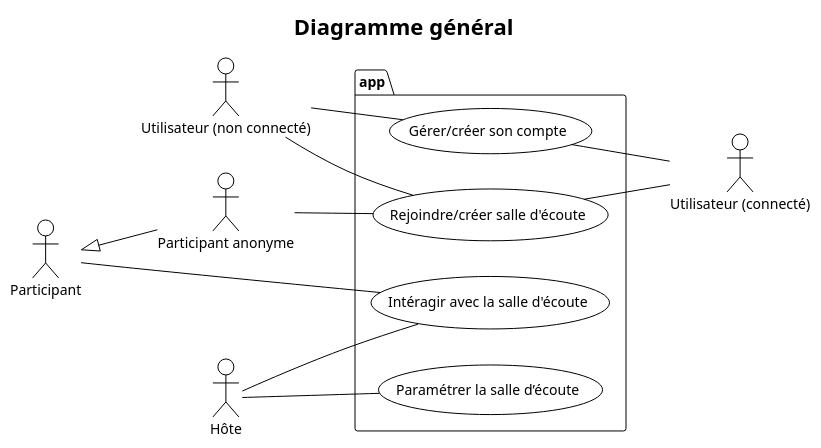
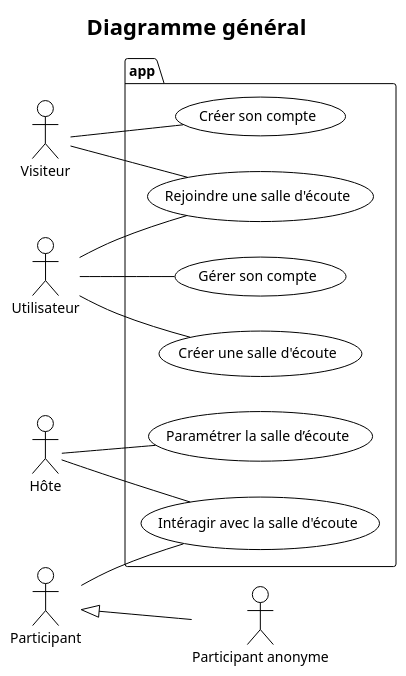
Before and after one commit to datsmysong/app: the diagram in Document du projet/Etude préalable/Diagrammes/Diagrammes de cas d'utilisation/DiagCUGeneral.puml, drawn with PlantUML. The commit also changed 3 other files, not shown here.

Commit message:
feat: enhanced use case diagrams by fixing some issues and making use cases clearer

```diff
--- a/Document du projet/Etude préalable/Diagrammes/Diagrammes de cas d'utilisation/DiagCUGeneral.puml
+++ b/Document du projet/Etude préalable/Diagrammes/Diagrammes de cas d'utilisation/DiagCUGeneral.puml
@@ -1,37 +1,37 @@
 @startuml
 !theme plain
 left to right direction
 
 title Diagramme général
 
-:Utilisateur (non connecté): as UNC
-:Utilisateur (connecté): as UC
+:Visiteur: as V
+:Utilisateur: as U
 :Participant: as P
 :Participant anonyme: as PA
 :Hôte: as H
 
 package app{
 
-  usecase (Rejoindre/créer salle d'écoute) as JOINSALLE
-  usecase (Gérer/créer son compte) as ACCOUNT
+  usecase (Rejoindre une salle d'écoute) as JOIN_ROOM
+  usecase (Créer une salle d'écoute) as CREATE_ROOM
+  usecase (Gérer son compte) as MANAGE_ACCOUNT
+  usecase (Créer son compte) as CREATE_ACCOUNT
 
   usecase (Intéragir avec la salle d'écoute) as SALLE
   usecase (Paramétrer la salle d’écoute) as PARAMETER
 
 }
 
-UNC -- JOINSALLE
-UNC -- ACCOUNT
+V -- JOIN_ROOM
+V -- CREATE_ACCOUNT
 
-JOINSALLE -- UC
-ACCOUNT -- UC
+U -- MANAGE_ACCOUNT
+U -- JOIN_ROOM
+U -- CREATE_ROOM
 
 P <|-- PA
-
 P -- SALLE
-
-PA -- JOINSALLE
 
 H -- PARAMETER
 H -- SALLE
 @enduml
```
